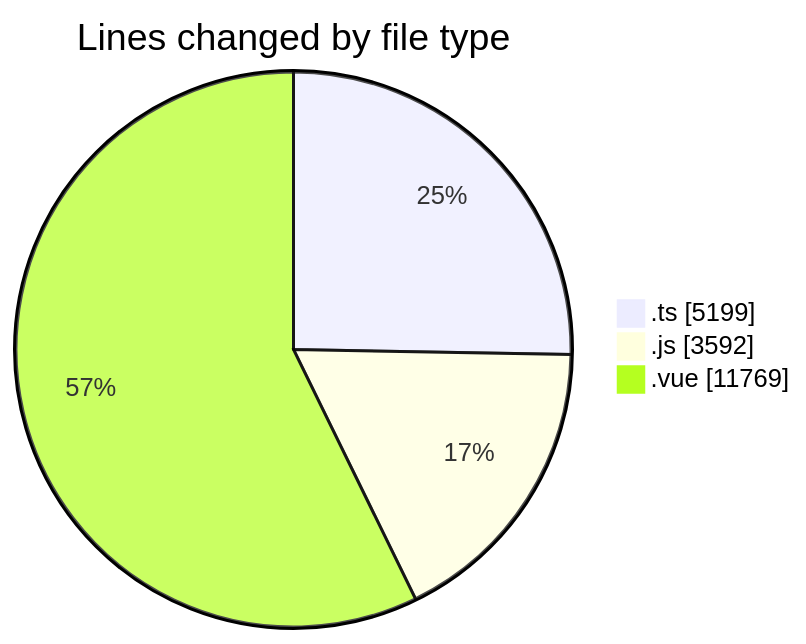
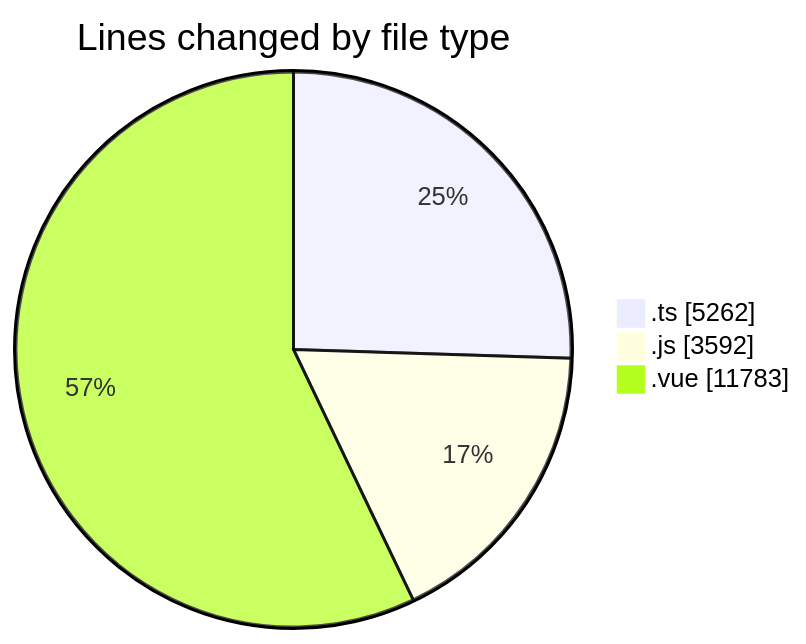
One commit to lephambinh05/code-tracking changed the first of 2 diagrams in 2025-08-16/rentotp/README.md. Above: the diagram before and after it, drawn with Mermaid. The commit also changed other lines of this file and 1 other file, not shown here.

````diff
--- a/2025-08-16/rentotp/README.md
+++ b/2025-08-16/rentotp/README.md
@@ -84,7 +84,7 @@
 ```mermaid
 pie showData
 title Lines changed by file type
-".ts" : 5199
+".ts" : 5262
 ".js" : 3592
-".vue" : 11769
+".vue" : 11783
 ```
````
